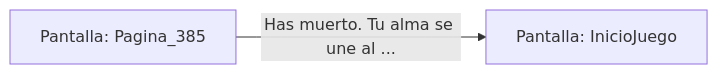
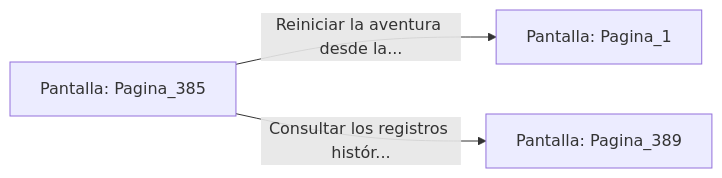
Before and after one commit to metsuke/mpl: the diagram in sample/eligejuego-vault/Pantalla_Pagina_385.md, drawn with Mermaid. The commit also changed other lines of this file and 635 other files, not shown here.

First line of the commit message:
fix: añadir Pagina_1 como pantalla inicial en capitulo_01.mpl

````diff
--- a/sample/eligejuego-vault/Pantalla_Pagina_385.md
+++ b/sample/eligejuego-vault/Pantalla_Pagina_385.md
@@ -17,5 +24,6 @@
 ```mermaid
 graph LR
     P_Pagina_385["Pantalla: Pagina_385"]
-    P_Pagina_385 -->|"Has muerto. Tu alma se une al ..."| P_InicioJuego["Pantalla: InicioJuego"]
+    P_Pagina_385 -->|"Reiniciar la aventura desde la..."| P_Pagina_1["Pantalla: Pagina_1"]
+    P_Pagina_385 -->|"Consultar los registros histór..."| P_Pagina_389["Pantalla: Pagina_389"]
 ```
````
